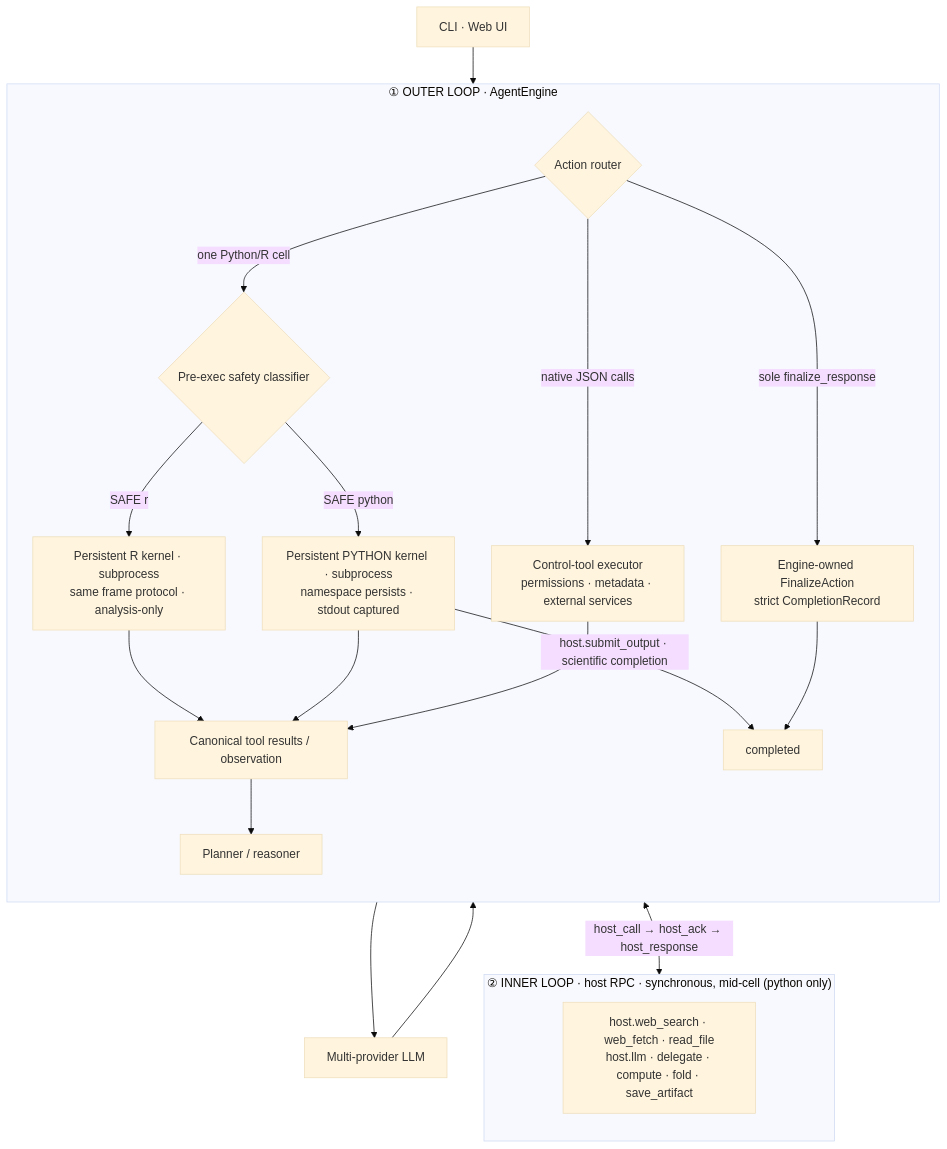
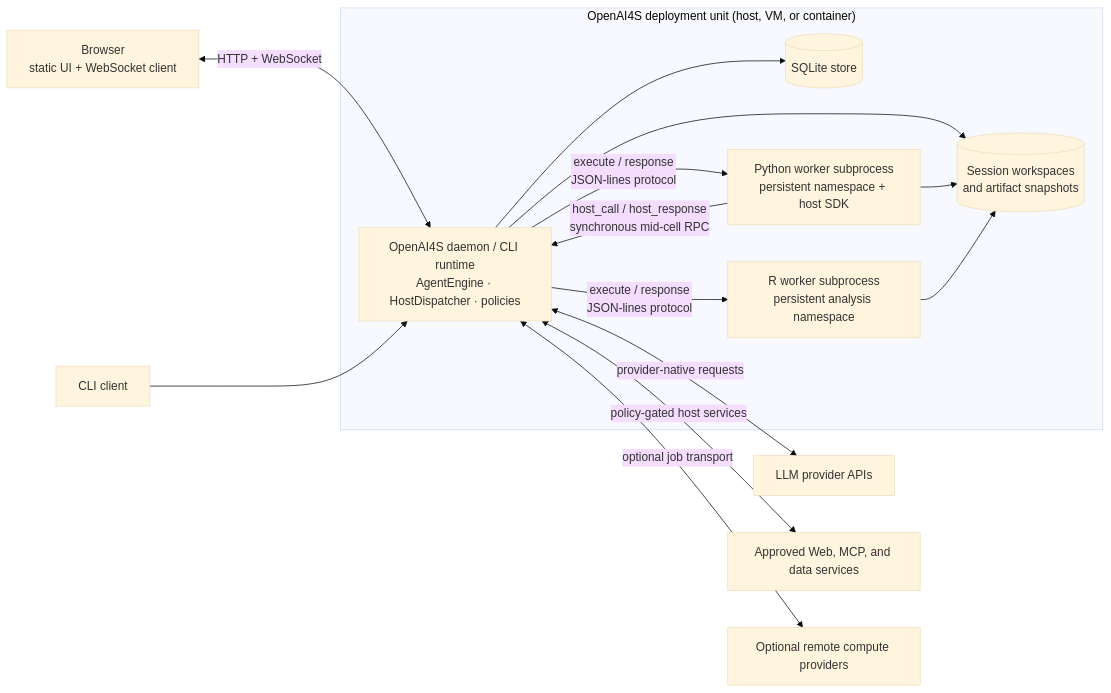
One commit to PKU-YuanGroup/OpenAI4S changed the diagram in docs/architecture.md. Above: the diagram before and after it, drawn with Mermaid (base theme). The commit also changed other lines of this file and 65 other files, not shown here.

Commit message:
docs: publish bilingual architecture wiki

````diff
--- a/docs/architecture.md
+++ b/docs/architecture.md
@@ -22,25 +36,30 @@
 ```mermaid
-flowchart TB
-    UI["CLI · Web UI"] --> M["Planner / reasoner"]
-    M --> LLM["Multi-provider LLM"]
-    LLM --> ROUTE{"Action router"}
-    subgraph outer["① OUTER LOOP · AgentEngine"]
-        direction TB
-        ROUTE -->|"native JSON calls"| TOOLS["Control-tool executor<br/>permissions · metadata · external services"]
-        ROUTE -->|"sole finalize_response"| FINAL["Engine-owned FinalizeAction<br/>strict CompletionRecord"]
-        ROUTE -->|"one Python/R cell"| SAFE{"Pre-exec safety classifier"}
-        SAFE -->|SAFE python| K["Persistent PYTHON kernel · subprocess<br/>namespace persists · stdout captured"]
-        SAFE -->|SAFE r| RK["Persistent R kernel · subprocess<br/>same frame protocol · analysis-only"]
-        TOOLS --> OBS["Canonical tool results / observation"]
-        FINAL --> DONE["completed"]
-        K --> OBS
-        RK --> OBS
-        OBS --> M
+flowchart LR
+    Browser["Browser<br/>static UI + WebSocket client"]
+    CLI["CLI client"]
+    Provider["LLM provider APIs"]
+    Services["Approved Web, MCP, and data services"]
+    Remote["Optional remote compute providers"]
+
+    subgraph Unit["OpenAI4S deployment unit (host, VM, or container)"]
+        Daemon["OpenAI4S daemon / CLI runtime<br/>AgentEngine · HostDispatcher · policies"]
+        Store[("SQLite store")]
+        Work[("Session workspaces<br/>and artifact snapshots")]
+        Py["Python worker subprocess<br/>persistent namespace + host SDK"]
+        R["R worker subprocess<br/>persistent analysis namespace"]
+
+        Daemon --> Store
+        Daemon --> Work
+        Daemon -->|"execute / response<br/>JSON-lines protocol"| Py
+        Py -->|"host_call / host_response<br/>synchronous mid-cell RPC"| Daemon
+        Daemon -->|"execute / response<br/>JSON-lines protocol"| R
+        Py --> Work
+        R --> Work
     end
-    subgraph inner["② INNER LOOP · host RPC · synchronous, mid-cell (python only)"]
-        direction TB
-        H["host.web_search · web_fetch · read_file<br/>host.llm · delegate · compute · fold · save_artifact"]
-    end
-    K <-->|"host_call → host_ack → host_response"| H
-    K -->|"host.submit_output · scientific completion"| DONE
+
+    Browser <-->|"HTTP + WebSocket"| Daemon
+    CLI --> Daemon
+    Daemon <-->|"provider-native requests"| Provider
+    Daemon <-->|"policy-gated host services"| Services
+    Daemon <-->|"optional job transport"| Remote
 ```
````
